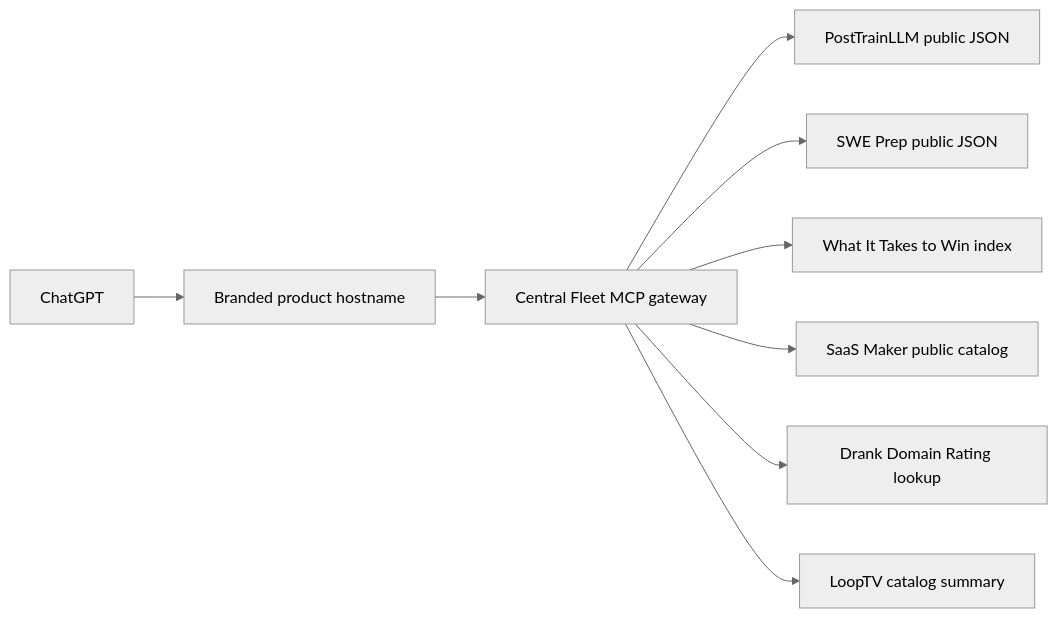
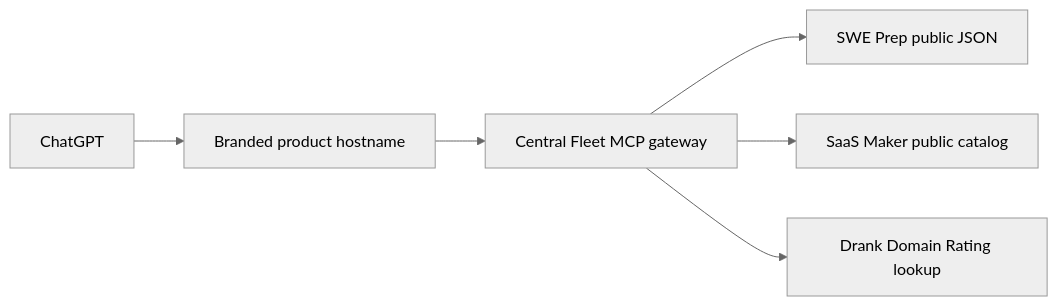
One commit to sass-maker/site-health changed the diagram in foundry/openspec/changes/expand-non-ios-chatgpt-connections/design.md. Above: the diagram before and after it, drawn with Mermaid (neutral theme). The commit also changed other lines of this file and 26 other files, not shown here.

````diff
--- a/foundry/openspec/changes/expand-non-ios-chatgpt-connections/design.md
+++ b/foundry/openspec/changes/expand-non-ios-chatgpt-connections/design.md
@@ -50,11 +46,8 @@
 ```mermaid
 flowchart LR
     C[ChatGPT] --> H[Branded product hostname]
     H --> G[Central Fleet MCP gateway]
-    G --> P[PostTrainLLM public JSON]
     G --> S[SWE Prep public JSON]
-    G --> W[What It Takes to Win index]
     G --> F[SaaS Maker public catalog]
     G --> D[Drank Domain Rating lookup]
-    G --> L[LoopTV catalog summary]
 ```
````
